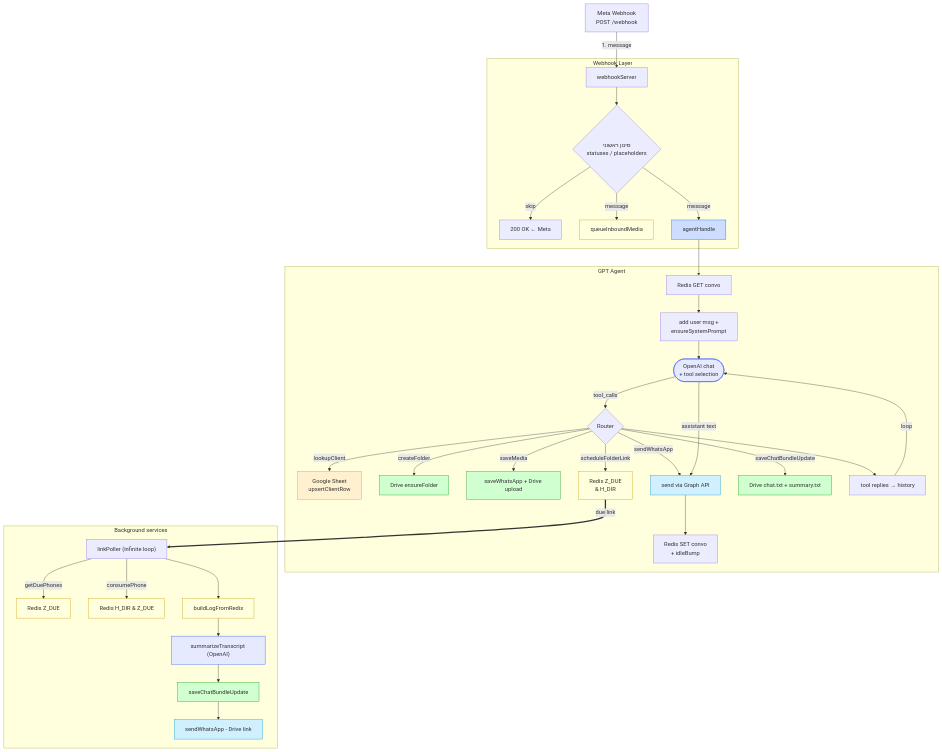
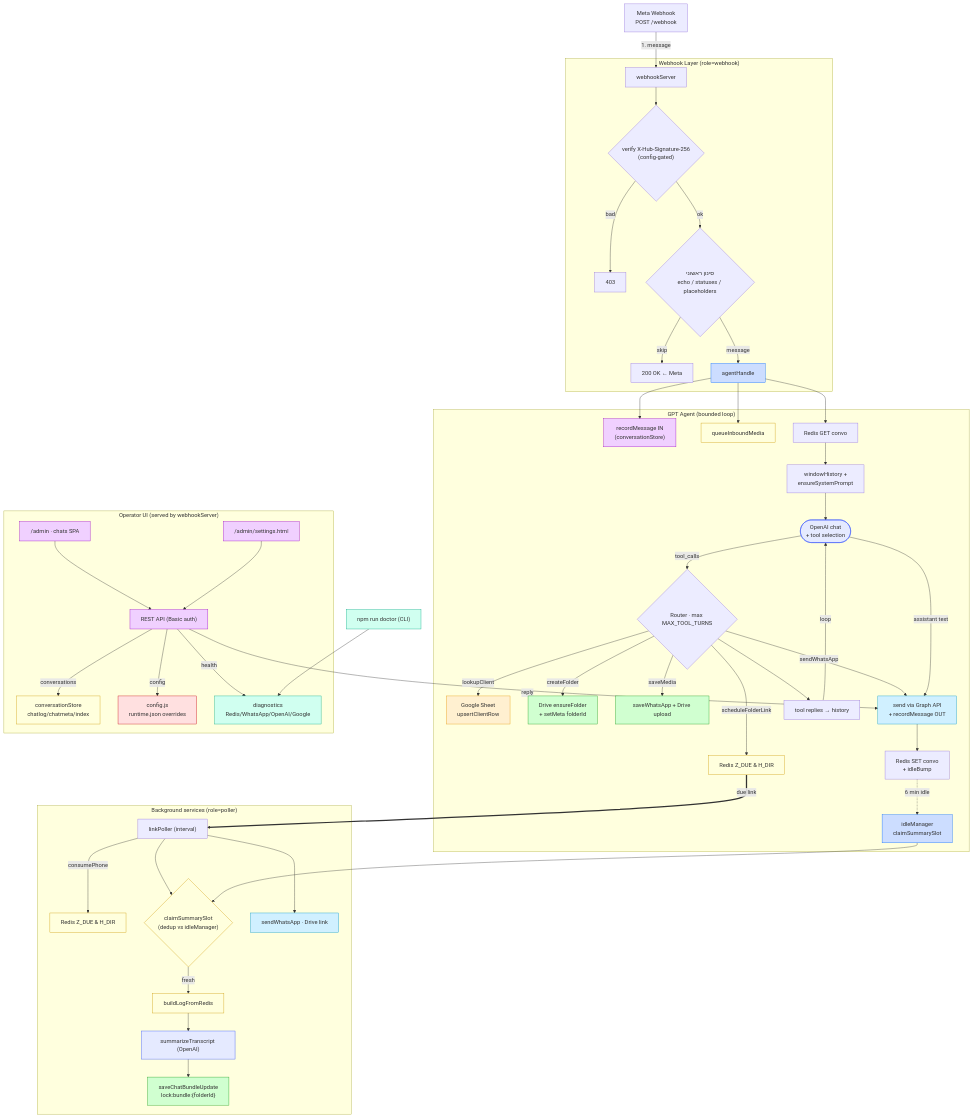
One commit to neo050/Office-Automation-Law-bot changed the diagram in architecture.mmd. Above: the diagram before and after it, drawn with Mermaid. The commit also changed 1 other file, not shown here.

Commit message:
docs: rewrite README + architecture for the full system
- Document the operator dashboard, settings UI, diagnostics/doctor, the
  layered config model, two runtime roles, and the reliability hardening.
- Correct the Google auth description to OAuth 2.0 (matches the code) and
  fix stale service-account references.
- Refresh the Redis key map / TTLs, env table (new WhatsApp/OpenAI/Google/
  Redis/App keys), quick-start (npm test / doctor), and roadmap.
- Add a module-by-module project structure map.
- Update architecture.mmd: signature verify, bounded GPT loop, UI/config/
  health layer, summary-slot dedup and per-folder Drive lock.

https://claude.ai/code/session_019QAdmgc4SbzzBcVNJVRivk

```diff
--- a/architecture.mmd
+++ b/architecture.mmd
@@ -1,43 +1,61 @@
 flowchart TD
   A["Meta Webhook<br/>POST /webhook"] -->|1. message| B[webhookServer]
 
-  subgraph "Webhook Layer"
-    B --> C{"סינון ראשוני<br/>statuses / placeholders"}
+  subgraph "Webhook Layer (role=webhook)"
+    B --> SIG{"verify X-Hub-Signature-256<br/>(config-gated)"}
+    SIG -->|bad| X403["403"]
+    SIG -->|ok| C{"סינון ראשוני<br/>echo / statuses / placeholders"}
     C -->|skip| X["200 OK ← Meta"]
-    C -->|message| D[queueInboundMedia]:::redis
     C -->|message| E[agentHandle]:::agent
   end
 
-  subgraph "GPT Agent"
+  subgraph "GPT Agent (bounded loop)"
+    E --> REC1["recordMessage IN<br/>(conversationStore)"]:::ui
+    E --> Q0[queueInboundMedia]:::redis
     E --> F[Redis GET convo]
-    F --> G[add user msg +<br/>ensureSystemPrompt]
-    G --> H([OpenAI chat<br/>+ tool selection]):::openai
-    H -->|tool_calls| I{Router}
+    F --> WIN["windowHistory +<br/>ensureSystemPrompt"]
+    WIN --> H([OpenAI chat<br/>+ tool selection]):::openai
+    H -->|tool_calls| I{Router · max MAX_TOOL_TURNS}
     I -->|lookupClient| J["Google Sheet<br/>upsertClientRow"]:::gs
-    I -->|createFolder| K["Drive ensureFolder"]:::drive
+    I -->|createFolder| K["Drive ensureFolder<br/>+ setMeta folderId"]:::drive
     I -->|saveMedia| L["saveWhatsApp + Drive upload"]:::drive
-    I -->|sendWhatsApp| M["send via Graph API"]:::wa
-    I -->|scheduleFolderLink| N["Redis Z_DUE<br/>& H_DIR"]:::redis
-    I -->|saveChatBundleUpdate| O["Drive chat.txt + summary.txt"]:::drive
+    I -->|sendWhatsApp| M["send via Graph API<br/>+ recordMessage OUT"]:::wa
+    I -->|scheduleFolderLink| N["Redis Z_DUE & H_DIR"]:::redis
     I --> P["tool replies → history"]
     P -->|loop| H
     H -->|assistant text| M
     M --> Q["Redis SET convo<br/>+ idleBump"]
+    Q -.->|6 min idle| ID["idleManager<br/>claimSummarySlot"]:::agent
   end
 
-  subgraph "Background services"
-    N ==>|due link| R["linkPoller (infinite loop)"]
-    R -->|getDuePhones| S["Redis Z_DUE"]:::redis
-    R -->|consumePhone| T["Redis H_DIR & Z_DUE"]:::redis
-    R --> U["buildLogFromRedis"]:::redis
+  subgraph "Operator UI (served by webhookServer)"
+    DASH["/admin · chats SPA"]:::ui --> API["REST API (Basic auth)"]:::ui
+    SET["/admin/settings.html"]:::ui --> API
+    API -->|conversations| CS["conversationStore<br/>chatlog/chatmeta/index"]:::redis
+    API -->|reply| M
+    API -->|config| CFG["config.js<br/>runtime.json overrides"]:::cfg
+    API -->|health| DIAG["diagnostics<br/>Redis/WhatsApp/OpenAI/Google"]:::diag
+  end
+
+  subgraph "Background services (role=poller)"
+    N ==>|due link| R["linkPoller (interval)"]
+    R -->|consumePhone| T["Redis Z_DUE & H_DIR"]:::redis
+    R --> SLOT{"claimSummarySlot<br/>(dedup vs idleManager)"}:::redis
+    SLOT -->|fresh| U["buildLogFromRedis"]:::redis
     U --> V["summarizeTranscript (OpenAI)"]:::openai
-    V --> W["saveChatBundleUpdate"]:::drive
-    W --> X1["sendWhatsApp - Drive link"]:::wa
+    V --> W["saveChatBundleUpdate<br/>lock:bundle:{folderId}"]:::drive
+    R --> X1["sendWhatsApp · Drive link"]:::wa
+    ID --> SLOT
   end
+
+  CLI["npm run doctor (CLI)"]:::diag --> DIAG
 
   classDef redis fill:#ffd,stroke:#c90
   classDef agent fill:#cdf,stroke:#06f
   classDef openai fill:#e5eaff,stroke:#2a4bff
   classDef drive fill:#d0ffd0,stroke:#189a18
   classDef gs fill:#fff0d0,stroke:#e69500
   classDef wa fill:#d0f0ff,stroke:#0094c5
+  classDef ui fill:#f0d0ff,stroke:#9b00c5
+  classDef cfg fill:#ffe0e0,stroke:#c50000
+  classDef diag fill:#d0fff0,stroke:#00a884
```
